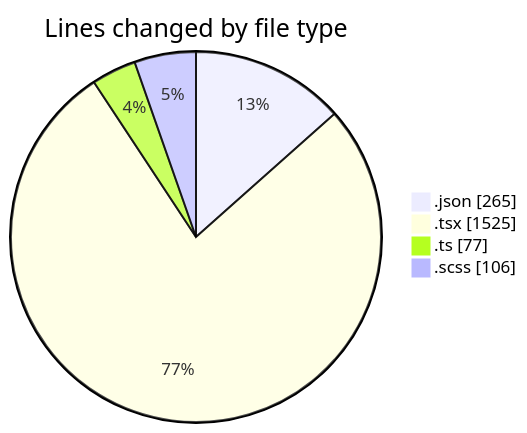
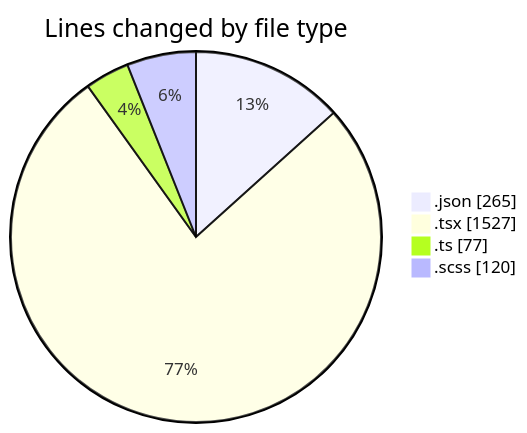
The first of 2 diagrams in 2026-04-22/cda/README.md (momahboobian/code-tracking), drawn with Mermaid before and after one commit. The commit also changed other lines of this file and 1 other file, not shown here.

````diff
--- a/2026-04-22/cda/README.md
+++ b/2026-04-22/cda/README.md
@@ -30,8 +30,8 @@
 ```mermaid
 pie showData
 title Lines changed by file type
 ".json" : 265
-".tsx" : 1525
+".tsx" : 1527
 ".ts" : 77
-".scss" : 106
+".scss" : 120
 ```
````
